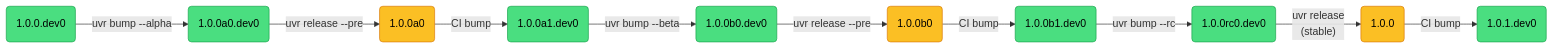
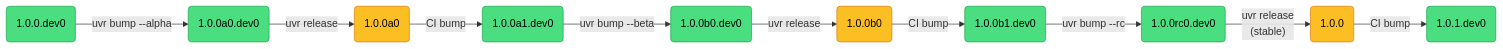
The second of 10 diagrams in docs/under-the-hood/package-states.md (tylerpayne/uv-release-monorepo), drawn with Mermaid before and after one commit. The commit also changed other lines of this file and 57 other files, not shown here.

````diff
--- a/docs/under-the-hood/package-states.md
+++ b/docs/under-the-hood/package-states.md
@@ -126,26 +150,26 @@
 ```mermaid
 flowchart LR
     classDef rest fill:#4ade80,stroke:#16a34a,color:#000
     classDef transient fill:#fbbf24,stroke:#d97706,color:#000
 
     dev0("1.0.0.dev0"):::rest
     adev("1.0.0a0.dev0"):::rest
     a0("1.0.0a0"):::transient
     a1dev("1.0.0a1.dev0"):::rest
     bdev("1.0.0b0.dev0"):::rest
     b0("1.0.0b0"):::transient
     b1dev("1.0.0b1.dev0"):::rest
     rcdev("1.0.0rc0.dev0"):::rest
     stable("1.0.0"):::transient
     next("1.0.1.dev0"):::rest
 
     dev0 -->|"uvr bump --alpha"| adev
-    adev -->|"uvr release --pre"| a0
+    adev -->|"uvr release"| a0
     a0 -->|"CI bump"| a1dev
     a1dev -->|"uvr bump --beta"| bdev
-    bdev -->|"uvr release --pre"| b0
+    bdev -->|"uvr release"| b0
     b0 -->|"CI bump"| b1dev
     b1dev -->|"uvr bump --rc"| rcdev
     rcdev -->|"uvr release<br/>(stable)"| stable
     stable -->|"CI bump"| next
 ```
````
